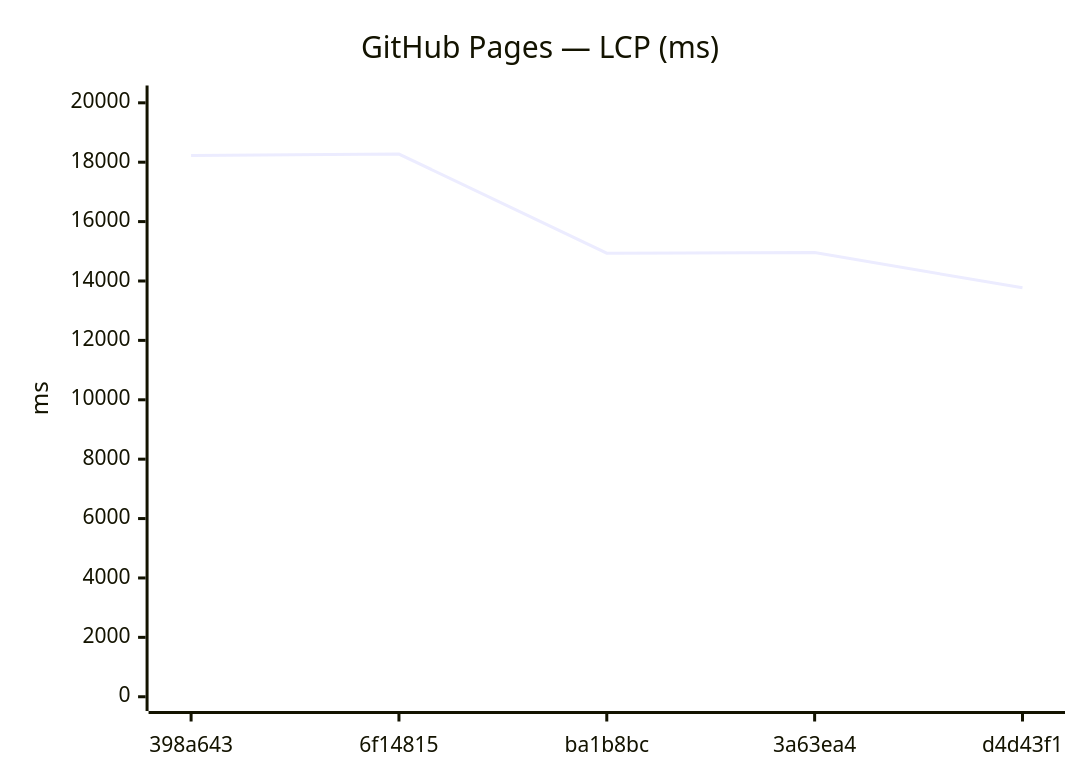
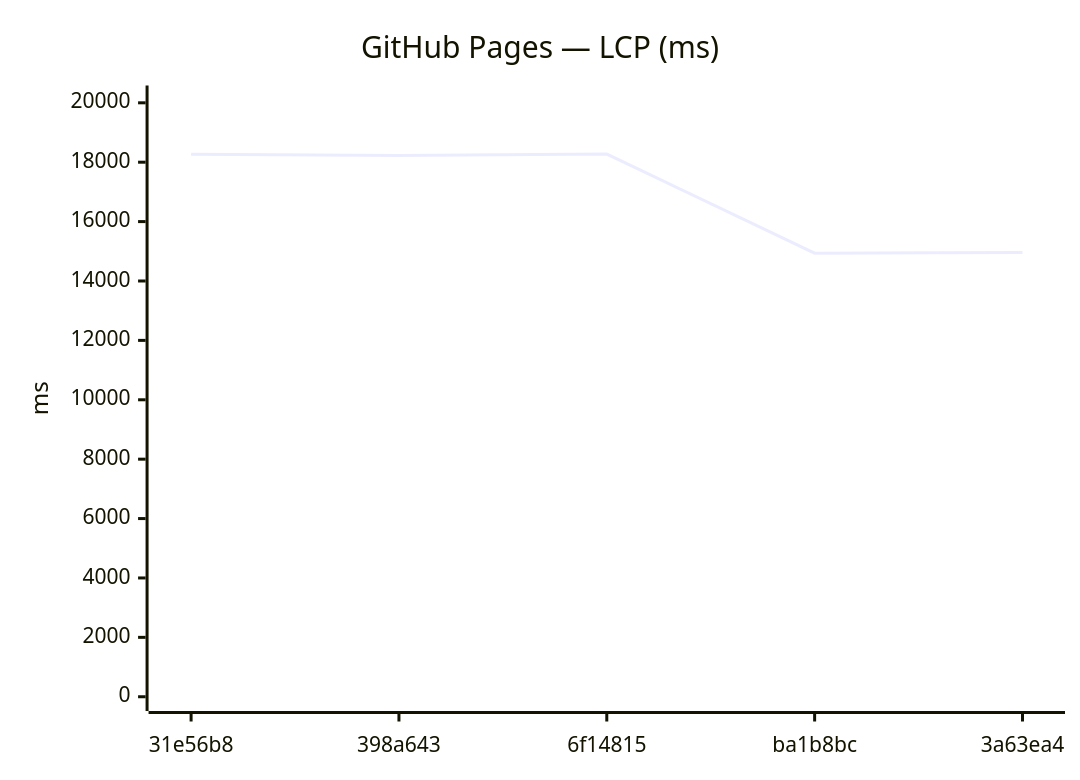
The ninth of 18 diagrams in benchmarks/compare.md (Metaheurist/Rianell), drawn with Mermaid before and after one commit. The commit also changed other lines of this file and 11 other files, not shown here.

````diff
--- a/benchmarks/compare.md
+++ b/benchmarks/compare.md
@@ -142,7 +142,7 @@
 ```mermaid
 xychart-beta
     title "GitHub Pages — LCP (ms)"
-    x-axis ["398a643", "6f14815", "ba1b8bc", "3a63ea4", "d4d43f1"]
+    x-axis ["31e56b8", "398a643", "6f14815", "ba1b8bc", "3a63ea4"]
     y-axis "ms" 0 --> 20103
-    line [18222, 18275, 14936, 14957, 13769]
+    line [18265, 18222, 18275, 14936, 14957]
 ```
````
